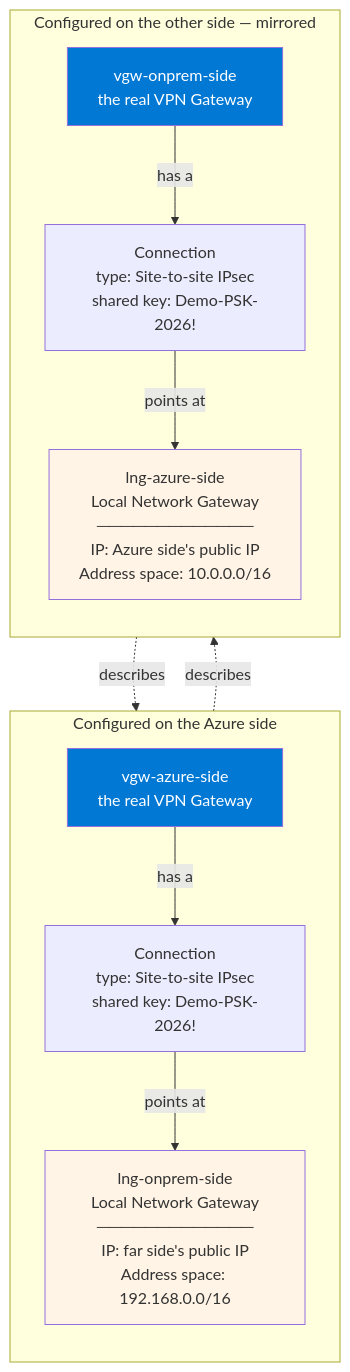
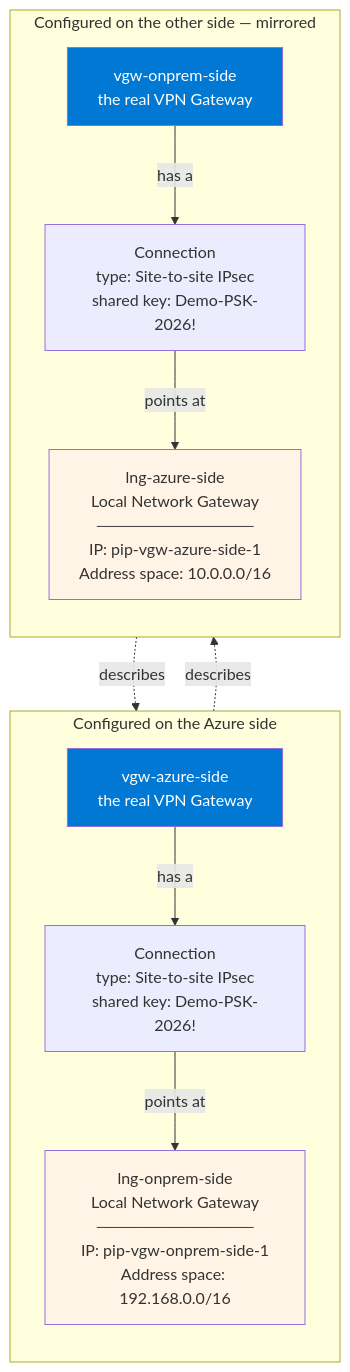
The third of 7 diagrams in docs/day15_vpn_expressroute.md (Iam-mithran/LWM-Azure), drawn with Mermaid before and after one commit. The commit also changed other lines of this file, not shown here.

First line of the commit message:
Update Day 15 Site-to-Site lab for active-active VPN Gateway

````diff
--- a/docs/day15_vpn_expressroute.md
+++ b/docs/day15_vpn_expressroute.md
@@ -209,28 +237,28 @@
 ```mermaid
 flowchart TB
     subgraph AZSIDE["Configured on the Azure side"]
         direction TB
         A1["vgw-azure-side<br/>the real VPN Gateway"]
         A2["Connection<br/>type: Site-to-site IPsec<br/>shared key: Demo-PSK-2026!"]
-        A3["lng-onprem-side<br/>Local Network Gateway<br/>─────────────<br/>IP: far side's public IP<br/>Address space: 192.168.0.0/16"]
+        A3["lng-onprem-side<br/>Local Network Gateway<br/>─────────────<br/>IP: pip-vgw-onprem-side-1<br/>Address space: 192.168.0.0/16"]
         A1 -->|"has a"| A2
         A2 -->|"points at"| A3
     end
 
     subgraph OPSIDE["Configured on the other side — mirrored"]
         direction TB
-        B3["lng-azure-side<br/>Local Network Gateway<br/>─────────────<br/>IP: Azure side's public IP<br/>Address space: 10.0.0.0/16"]
+        B3["lng-azure-side<br/>Local Network Gateway<br/>─────────────<br/>IP: pip-vgw-azure-side-1<br/>Address space: 10.0.0.0/16"]
         B2["Connection<br/>type: Site-to-site IPsec<br/>shared key: Demo-PSK-2026!"]
         B1["vgw-onprem-side<br/>the real VPN Gateway"]
         B1 -->|"has a"| B2
         B2 -->|"points at"| B3
     end
 
     A3 -.->|"describes"| B1
     B3 -.->|"describes"| A1
 
     style A3 fill:#fff4e5
     style B3 fill:#fff4e5
     style A1 fill:#0078d4,color:#fff
     style B1 fill:#0078d4,color:#fff
 ```
````
